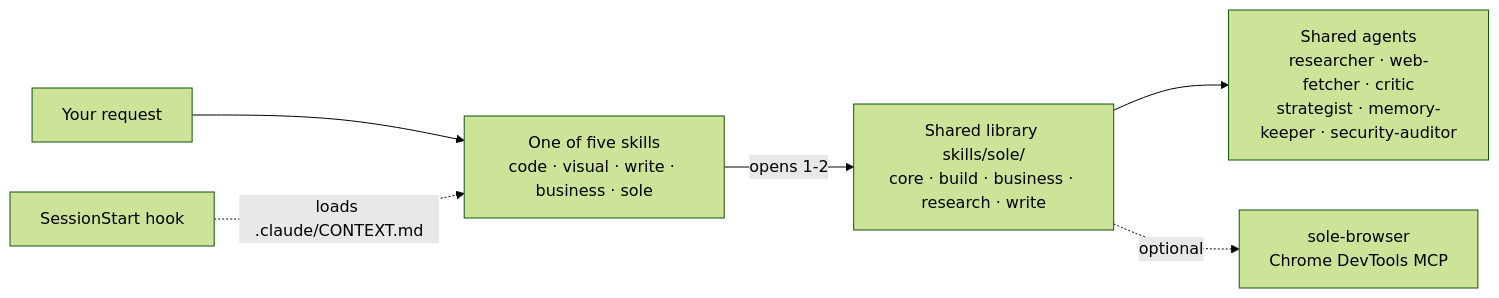
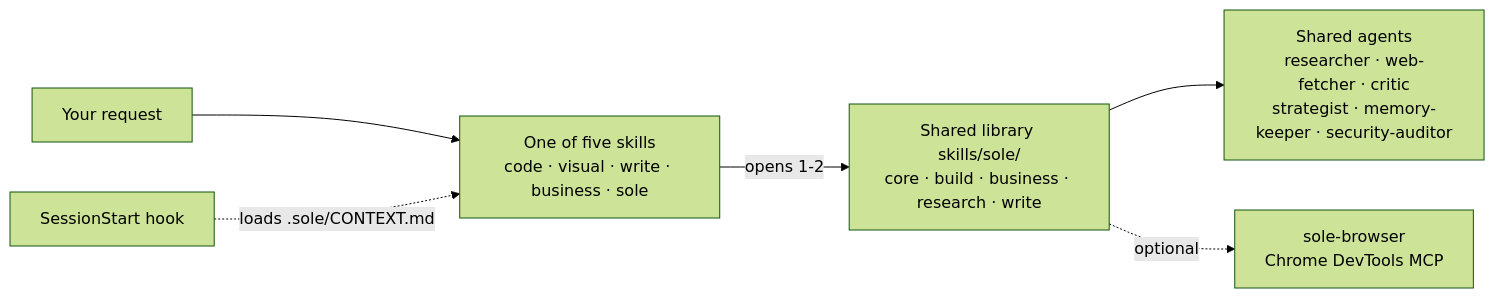
Before and after one commit to aliinal0/sole-skill: the diagram in README.md, drawn with Mermaid (forest theme). The commit also changed other lines of this file and 111 other files, not shown here.

````diff
--- a/README.md
+++ b/README.md
@@ -104,8 +105,8 @@
 ```mermaid
 flowchart LR
     R["Your request"] --> S["One of five skills<br/>code · visual · write · business · sole"]
     S -->|"opens 1-2"| M["Shared library skills/sole/<br/>core · build · business · research · write"]
     M --> A["Shared agents<br/>researcher · web-fetcher · critic<br/>strategist · memory-keeper · security-auditor"]
-    H["SessionStart hook"] -.->|"loads .claude/CONTEXT.md"| S
+    H["SessionStart hook"] -.->|"loads .sole/CONTEXT.md"| S
     M -.->|"optional"| B["sole-browser<br/>Chrome DevTools MCP"]
 ```
````
